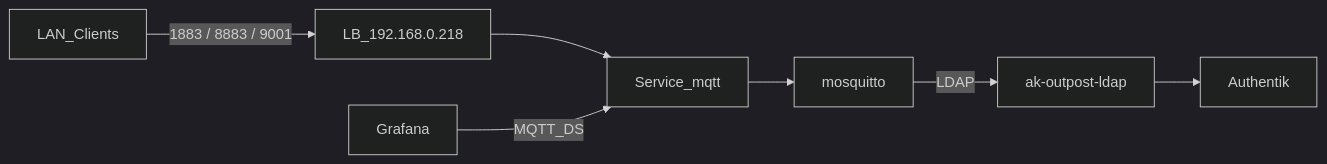
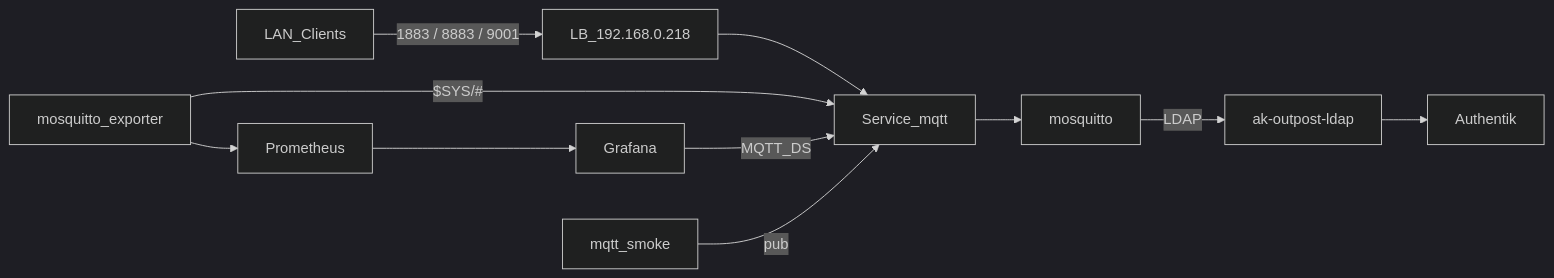
The diagram in docs/bookstack/books/mosquitto/01-uebersicht.md (HenryHST/minilab), drawn with Mermaid (dark theme) before and after one commit. The commit also changed other lines of this file and 17 other files, not shown here.

First line of the commit message:
feat(mosquitto): Prometheus exporter, smoke probe, BookStack (v0.12.0)

````diff
--- a/docs/bookstack/books/mosquitto/01-uebersicht.md
+++ b/docs/bookstack/books/mosquitto/01-uebersicht.md
@@ -5,9 +14,13 @@
 ```mermaid
 flowchart LR
   Clients[LAN_Clients] -->|"1883 / 8883 / 9001"| LB["LB_192.168.0.218"]
   LB --> Svc[Service_mqtt]
   Svc --> Mosq[mosquitto]
   Mosq -->|"LDAP"| LDAP["ak-outpost-ldap"]
   LDAP --> IdP[Authentik]
+  Exporter[mosquitto_exporter] -->|"$SYS/#"| Svc
+  Exporter --> Prom[Prometheus]
+  Prom --> Grafana
   Grafana -->|MQTT_DS| Svc
+  Probe[mqtt_smoke] -->|pub| Svc
 ```
````
